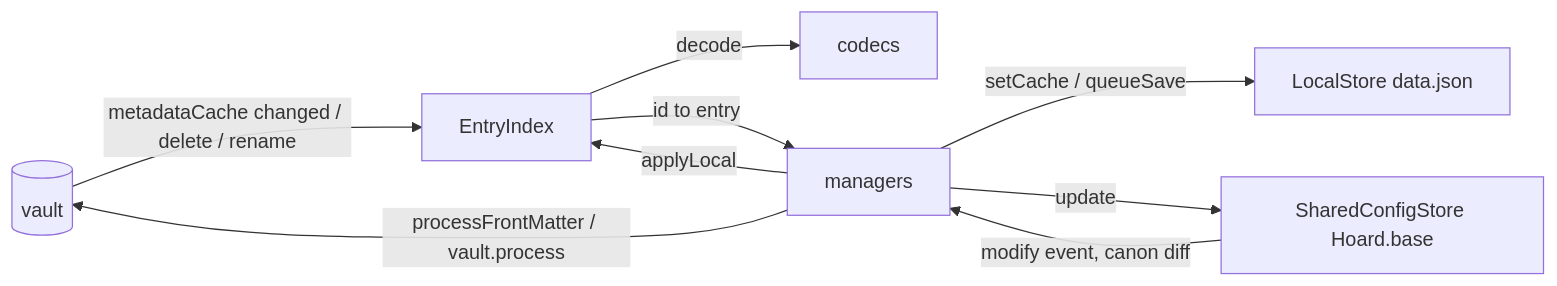
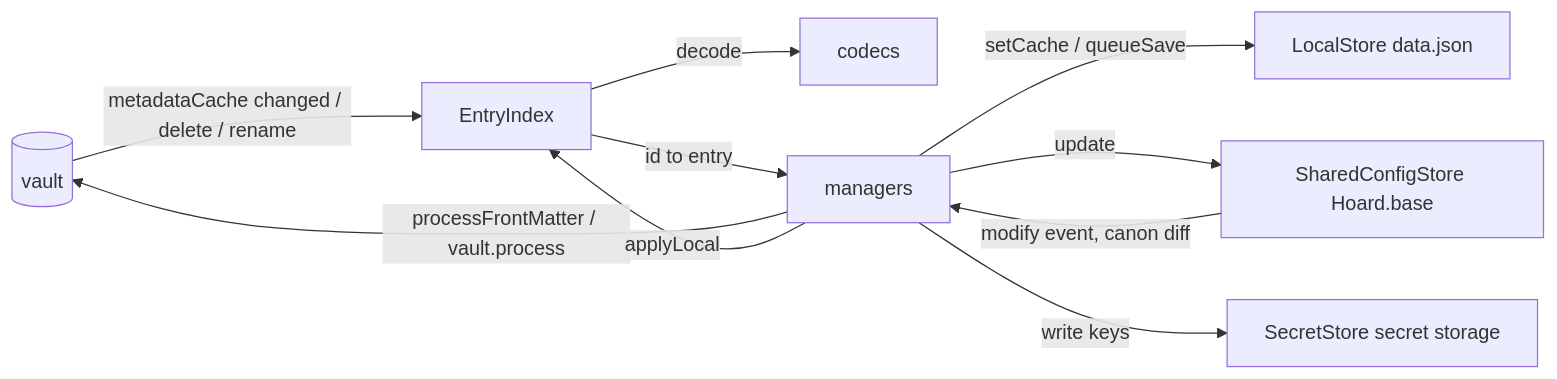
One commit to Macavity/obsidian-hoard changed the diagram in docs/architecture/storage.md. Above: the diagram before and after it, drawn with Mermaid. The commit also changed other lines of this file and 9 other files, not shown here.

Commit message:
docs(wiki): secret storage and vault API writes

````diff
--- a/docs/architecture/storage.md
+++ b/docs/architecture/storage.md
@@ -32,11 +33,12 @@
 ```mermaid
 flowchart LR
   Vault[(vault)] -- metadataCache changed / delete / rename --> Idx[EntryIndex]
   Idx -- decode --> Codec[codecs]
   Idx -- id to entry --> Mgr[managers]
   Mgr -- processFrontMatter / vault.process --> Vault
   Mgr -- applyLocal --> Idx
   Mgr -- setCache / queueSave --> Local[LocalStore data.json]
   Mgr -- update --> Shared[SharedConfigStore Hoard.base]
+  Mgr -- write keys --> Sec[SecretStore secret storage]
   Shared -- modify event, canon diff --> Mgr
 ```
````
